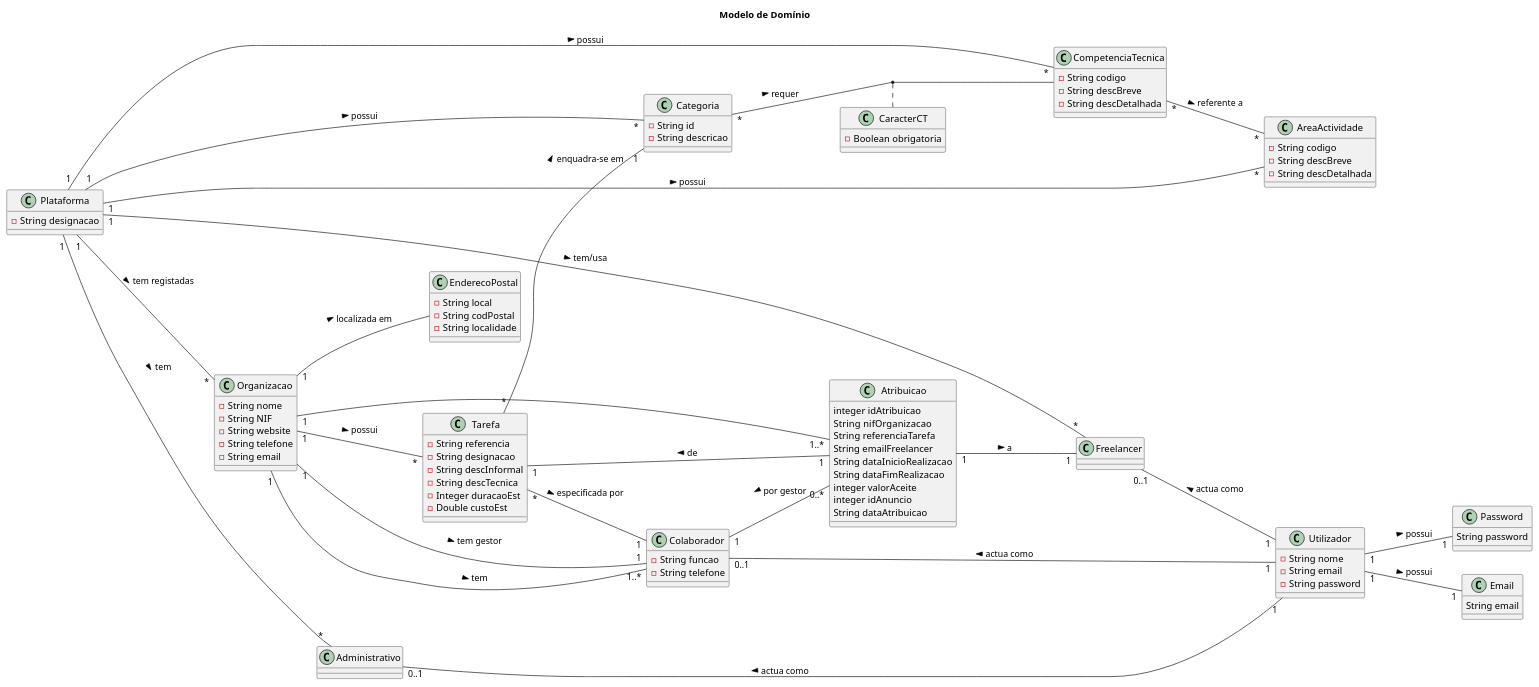
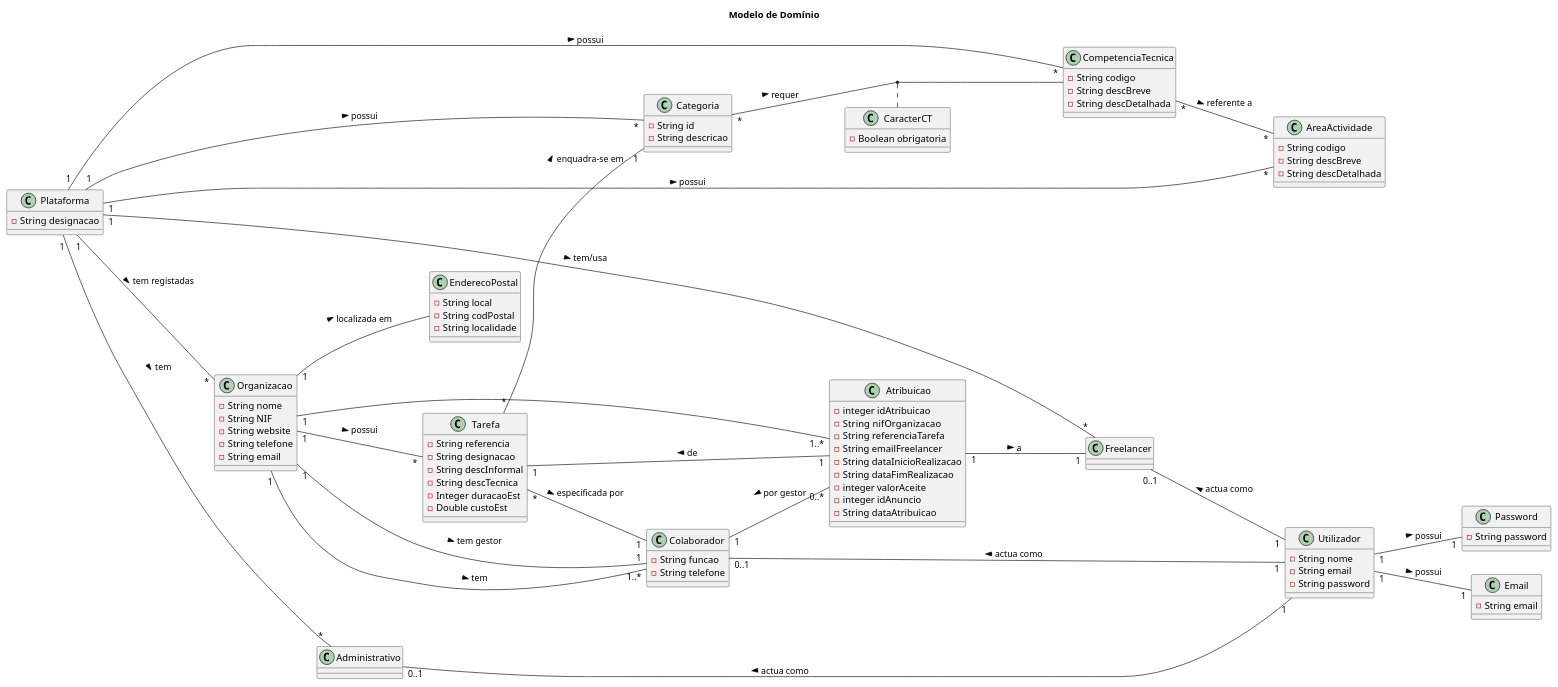
Before and after one commit to blestonbandeiraUPSKILL/upskill_java1_labprg_grupo2: the diagram in Documentação/Sprint 2/Modelo_Dominio.puml, drawn with PlantUML. The commit also changed 2 other files, not shown here.

```diff
--- a/Documentação/Sprint 2/Modelo_Dominio.puml
+++ b/Documentação/Sprint 2/Modelo_Dominio.puml
@@ -1,116 +1,116 @@
 @startuml
 title Modelo de Domínio
 
 left to right direction
 class Plataforma {
     -String designacao
 }
 
 class AreaActividade {
     -String codigo
     -String descBreve
     -String descDetalhada
 }
 
 class CompetenciaTecnica {
     -String codigo
     -String descBreve
     -String descDetalhada
 }
 
 class Organizacao {
     -String nome
     -String NIF
     -String website
     -String telefone
     -String email
 }
 
 class Tarefa {
     -String referencia
     -String designacao
     -String descInformal
     -String descTecnica
     -Integer duracaoEst
     -Double custoEst
 }
 
 class CaracterCT {
     -Boolean obrigatoria
 }
 
 class Categoria {
     -String id
     -String descricao 
 }
 
 class Colaborador {
     -String funcao
     -String telefone
 }
 
 class EnderecoPostal {
     -String local
     -String codPostal
     -String localidade
 }
 
 class Freelancer {
 }
 
 class Administrativo {
 }
 
 class Utilizador {
     -String nome
     -String email
     -String password
 }
 
 class Password {
-    String password
+    -String password
 }
 
 class Email {
-    String email
+    -String email
 }
 
 class Atribuicao {
-    integer idAtribuicao
-    String  nifOrganizacao
-    String referenciaTarefa
-    String emailFreelancer
-    String dataInicioRealizacao
-    String dataFimRealizacao
-    integer valorAceite
-    integer idAnuncio
-    String dataAtribuicao
+    -integer idAtribuicao
+    -String  nifOrganizacao
+    -String referenciaTarefa
+    -String emailFreelancer
+    -String dataInicioRealizacao
+    -String dataFimRealizacao
+    -integer valorAceite
+    -integer idAnuncio
+    -String dataAtribuicao
 }
 
 Plataforma"1" -- "*"Organizacao: tem registadas >
 Plataforma"1" -- "*"Freelancer: tem/usa >
 Plataforma"1" -- "*"Administrativo: tem >
 Plataforma"1" -- "*"AreaActividade: possui >
 Plataforma"1" -- "*"CompetenciaTecnica: possui >
 Plataforma"1" -- "*"Categoria: possui >
 Tarefa"*" -- "1"Categoria: enquadra-se em >
 Tarefa"*" -- "1"Colaborador: especificada por >
 CompetenciaTecnica"*" -- "*"AreaActividade: referente a >
 Organizacao"1" -- "*"Tarefa: possui >
 Organizacao"1" -- EnderecoPostal: localizada em >
 Organizacao"1" -- "1"Colaborador: tem gestor >
 Organizacao"1" -- "1..*"Colaborador: tem >
 Freelancer"0..1" -- "1"Utilizador: actua como <
 Administrativo"0..1" -- "1"Utilizador: actua como <
 Colaborador"0..1" -- "1"Utilizador: actua como <
 Categoria"*" -- CompetenciaTecnica: requer >
 (Categoria, CompetenciaTecnica) . CaracterCT
 Utilizador"1" -- "1"Email: possui >
 Utilizador"1" -- "1"Password: possui >
 Atribuicao"1" -- "1" Tarefa: de >
 Atribuicao"1" -- "1" Freelancer: a >
 Atribuicao"1..*" -- "1" Organizacao
 Colaborador"1" -- "0..*" Atribuicao: por gestor <
 
 
 @enduml
```
